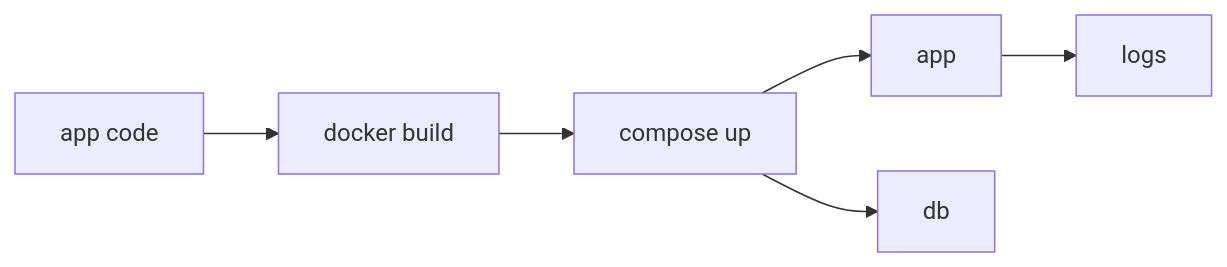
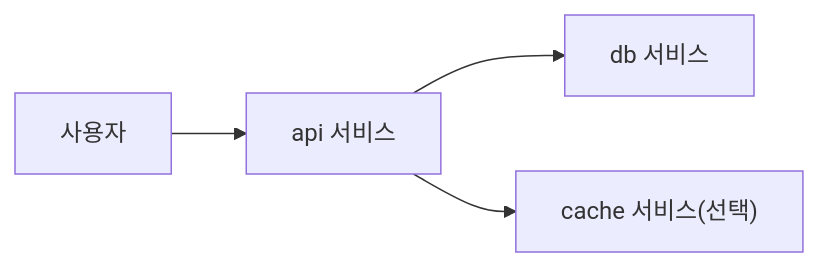
Before and after one commit to yeongseon-books/book-content: the diagram in docs/ko/containers-101/10-build-a-container-app.md, drawn with Mermaid. The commit also changed other lines of this file and 4143 other files, not shown here.

````diff
--- a/docs/ko/containers-101/10-build-a-container-app.md
+++ b/docs/ko/containers-101/10-build-a-container-app.md
@@ -33,8 +445,6 @@
 ```mermaid
 flowchart LR
-    Code["app code"] --> Image["docker build"]
-    Image --> Compose["compose up"]
-    Compose --> App["app"]
-    Compose --> DB["db"]
-    App --> Log["logs"]
+    U["사용자"] --> A["api 서비스"]
+    A --> D["db 서비스"]
+    A --> C["cache 서비스(선택)"]
 ```
````
